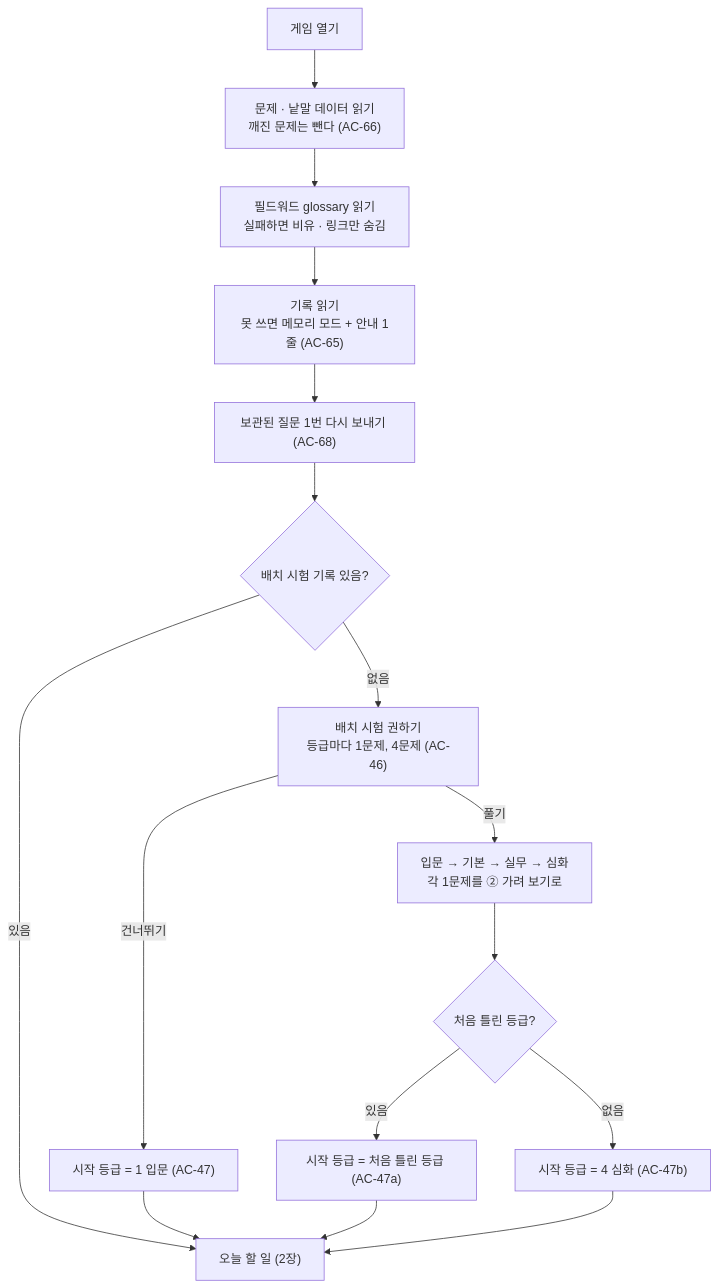
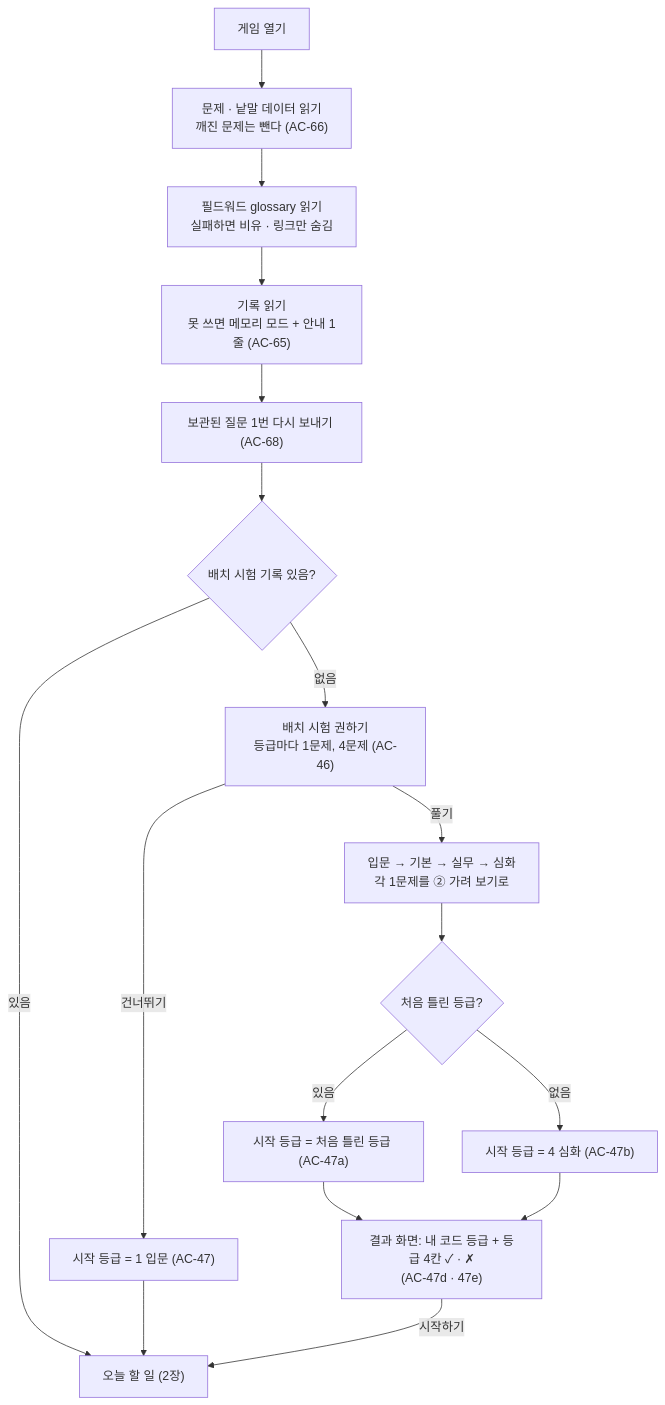
One commit to githubleejungah/field-words-3d-lab changed the first of 9 diagrams in docs/flows.md. Above: the diagram before and after it, drawn with Mermaid. The commit also changed other lines of this file and 10 other files, not shown here.

````diff
--- a/docs/flows.md
+++ b/docs/flows.md
@@ -28,18 +28,19 @@
 ```mermaid
 flowchart TD
   O["게임 열기"] --> L["문제 · 낱말 데이터 읽기<br/>깨진 문제는 뺀다 (AC-66)"]
   L --> G["필드워드 glossary 읽기<br/>실패하면 비유 · 링크만 숨김"]
   G --> S["기록 읽기<br/>못 쓰면 메모리 모드 + 안내 1줄 (AC-65)"]
   S --> X["보관된 질문 1번 다시 보내기 (AC-68)"]
   X --> P{"배치 시험 기록 있음?"}
   P -- 있음 --> PL["오늘 할 일 (2장)"]
   P -- 없음 --> Q["배치 시험 권하기<br/>등급마다 1문제, 4문제 (AC-46)"]
   Q -- 건너뛰기 --> K["시작 등급 = 1 입문 (AC-47)"]
   Q -- 풀기 --> T["입문 → 기본 → 실무 → 심화<br/>각 1문제를 ② 가려 보기로"]
   T --> R{"처음 틀린 등급?"}
   R -- 있음 --> R1["시작 등급 = 처음 틀린 등급 (AC-47a)"]
   R -- 없음 --> R2["시작 등급 = 4 심화 (AC-47b)"]
   K --> PL
-  R1 --> PL
-  R2 --> PL
+  R1 --> RS["결과 화면: 내 코드 등급 + 등급 4칸 ✓ · ✗<br/>(AC-47d · 47e)"]
+  R2 --> RS
+  RS -- 시작하기 --> PL
 ```
````
